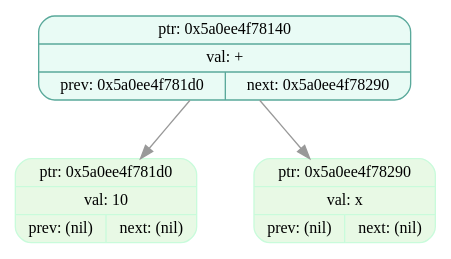
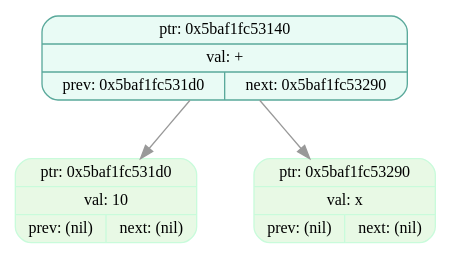
Before and after one commit to EvilTomato9890/Difference: the diagram in dumps/tree_dump_003.dot, drawn with Graphviz. The commit also changed 46 other files, not shown here.

```diff
--- a/dumps/tree_dump_003.dot
+++ b/dumps/tree_dump_003.dot
@@ -1,9 +1,9 @@
 digraph T{
   node [fontname="Fira Mono",shape=record,style="filled,rounded",fontsize=12];
   graph [splines=true, nodesep=0.6, ranksep=0.6];
-  node_0x5a0ee4f78140[shape=record,label="{ {ptr: 0x5a0ee4f78140} | {val: +} | { prev: 0x5a0ee4f781d0 | next: 0x5a0ee4f78290 } }",color="#5aa99b",fillcolor="#e9fbf5"];
-  node_0x5a0ee4f781d0[shape=record,label="{ {ptr: 0x5a0ee4f781d0} | {val: 10} | { prev: (nil) | next: (nil) } }",color="#c9fbdbff",fillcolor="#e8f9e5ff"];
-  node_0x5a0ee4f78290[shape=record,label="{ {ptr: 0x5a0ee4f78290} | {val: x} | { prev: (nil) | next: (nil) } }",color="#c9fbdbff",fillcolor="#e8f9e5ff"];
-  node_0x5a0ee4f78140 -> node_0x5a0ee4f781d0 [color="#999999"];
-  node_0x5a0ee4f78140 -> node_0x5a0ee4f78290 [color="#999999"];
+  node_0x5baf1fc53140[shape=record,label="{ {ptr: 0x5baf1fc53140} | {val: +} | { prev: 0x5baf1fc531d0 | next: 0x5baf1fc53290 } }",color="#5aa99b",fillcolor="#e9fbf5"];
+  node_0x5baf1fc531d0[shape=record,label="{ {ptr: 0x5baf1fc531d0} | {val: 10} | { prev: (nil) | next: (nil) } }",color="#c9fbdbff",fillcolor="#e8f9e5ff"];
+  node_0x5baf1fc53290[shape=record,label="{ {ptr: 0x5baf1fc53290} | {val: x} | { prev: (nil) | next: (nil) } }",color="#c9fbdbff",fillcolor="#e8f9e5ff"];
+  node_0x5baf1fc53140 -> node_0x5baf1fc531d0 [color="#999999"];
+  node_0x5baf1fc53140 -> node_0x5baf1fc53290 [color="#999999"];
 }
```
